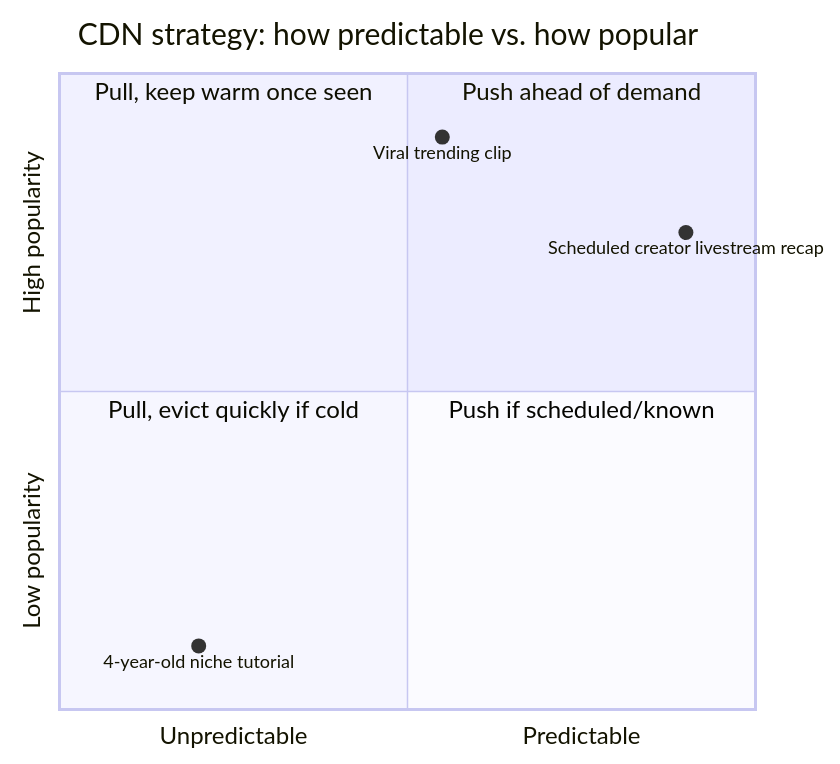
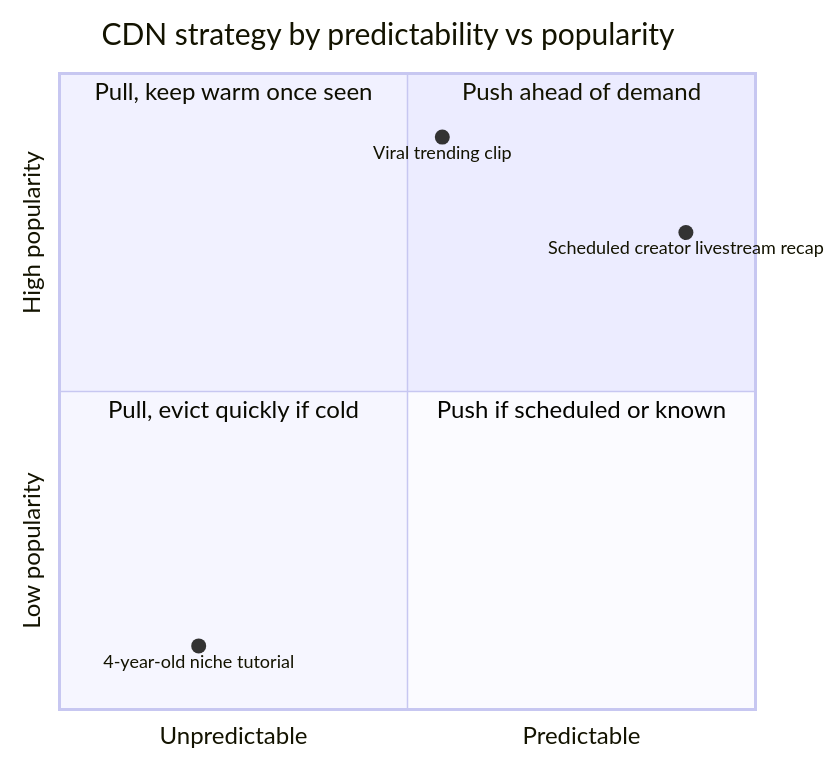
Diagram 12 of 25 in system-design/HLD/0-course/26-Design YouTube-FAANG-Guide-story.md (riyaz-pasha/Learnings), drawn with Mermaid before and after one commit. The commit also changed other lines of this file and 1 other file, not shown here.

Commit message:
docs: simplify language and clean up mermaid diagrams in YouTube design guide

````diff
--- a/system-design/HLD/0-course/26-Design YouTube-FAANG-Guide-story.md
+++ b/system-design/HLD/0-course/26-Design YouTube-FAANG-Guide-story.md
@@ -224,13 +414,13 @@
 ```mermaid
 quadrantChart
-    title CDN strategy: how predictable vs. how popular
+    title CDN strategy by predictability vs popularity
     x-axis Unpredictable --> Predictable
     y-axis Low popularity --> High popularity
     quadrant-1 Push ahead of demand
     quadrant-2 Pull, keep warm once seen
     quadrant-3 Pull, evict quickly if cold
-    quadrant-4 Push if scheduled/known
+    quadrant-4 Push if scheduled or known
     "Viral trending clip": [0.55, 0.9]
     "4-year-old niche tutorial": [0.2, 0.1]
     "Scheduled creator livestream recap": [0.9, 0.75]
 ```
````
